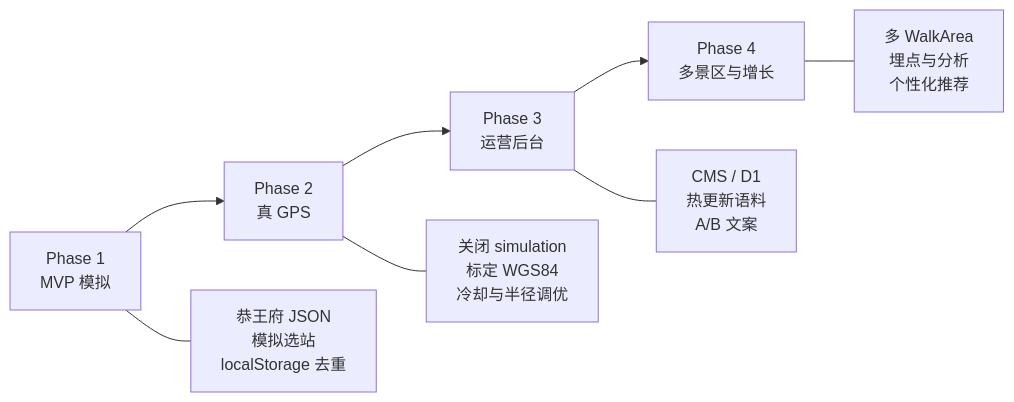
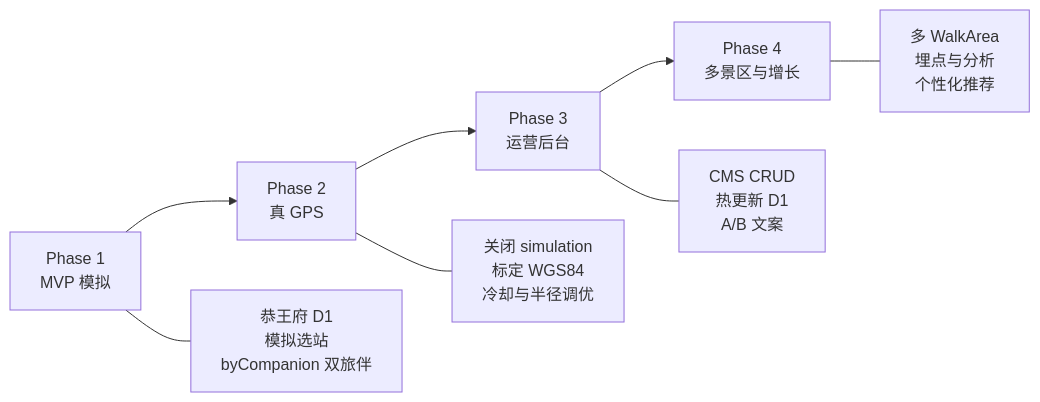
The first of 5 diagrams in docs/walk-listen-architecture.md (zealot2002/buddy), drawn with Mermaid before and after one commit. The commit also changed other lines of this file and 27 other files, not shown here.

````diff
--- a/docs/walk-listen-architecture.md
+++ b/docs/walk-listen-architecture.md
@@ -45,11 +45,11 @@
 ```mermaid
 flowchart LR
   P1[Phase 1<br/>MVP 模拟] --> P2[Phase 2<br/>真 GPS]
   P2 --> P3[Phase 3<br/>运营后台]
   P3 --> P4[Phase 4<br/>多景区与增长]
 
-  P1 --- P1d[恭王府 JSON<br/>模拟选站<br/>localStorage 去重]
+  P1 --- P1d[恭王府 D1<br/>模拟选站<br/>byCompanion 双旅伴]
   P2 --- P2d[关闭 simulation<br/>标定 WGS84<br/>冷却与半径调优]
-  P3 --- P3d[CMS / D1<br/>热更新语料<br/>A/B 文案]
+  P3 --- P3d[CMS CRUD<br/>热更新 D1<br/>A/B 文案]
   P4 --- P4d[多 WalkArea<br/>埋点与分析<br/>个性化推荐]
 ```
````
